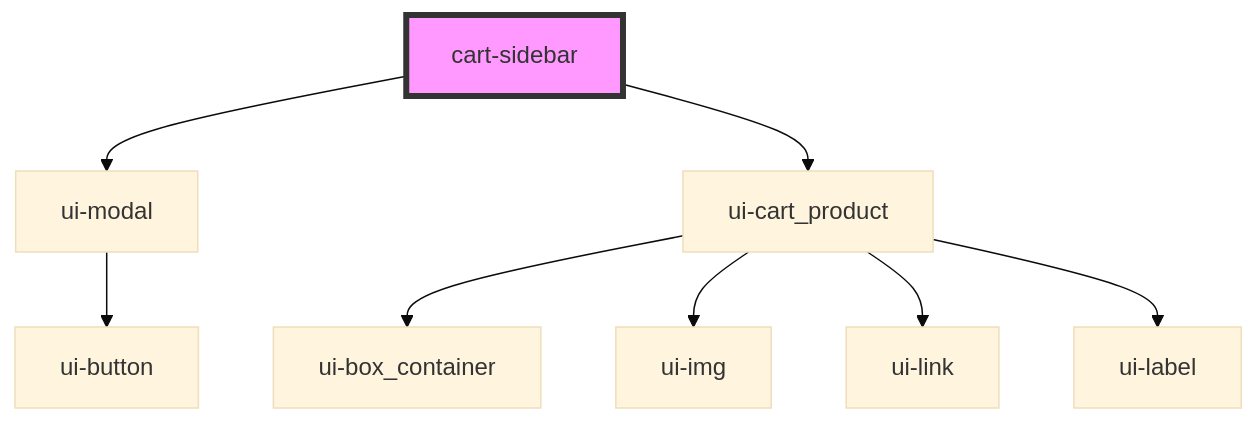
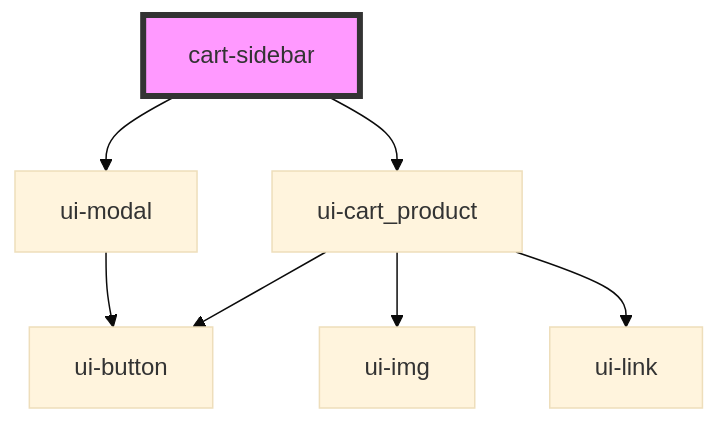
One commit to ankitghanekar-hcl/ui-shared-web-components changed the diagram in src/components/cart-sidebar/readme.md. Above: the diagram before and after it, drawn with Mermaid (base theme). The commit also changed other lines of this file and 18 other files, not shown here.

````diff
--- a/src/components/cart-sidebar/readme.md
+++ b/src/components/cart-sidebar/readme.md
@@ -20,11 +20,10 @@
 ```mermaid
 graph TD;
   cart-sidebar --> ui-modal
   cart-sidebar --> ui-cart_product
   ui-modal --> ui-button
-  ui-cart_product --> ui-box_container
   ui-cart_product --> ui-img
   ui-cart_product --> ui-link
-  ui-cart_product --> ui-label
+  ui-cart_product --> ui-button
   style cart-sidebar fill:#f9f,stroke:#333,stroke-width:4px
 ```
````
